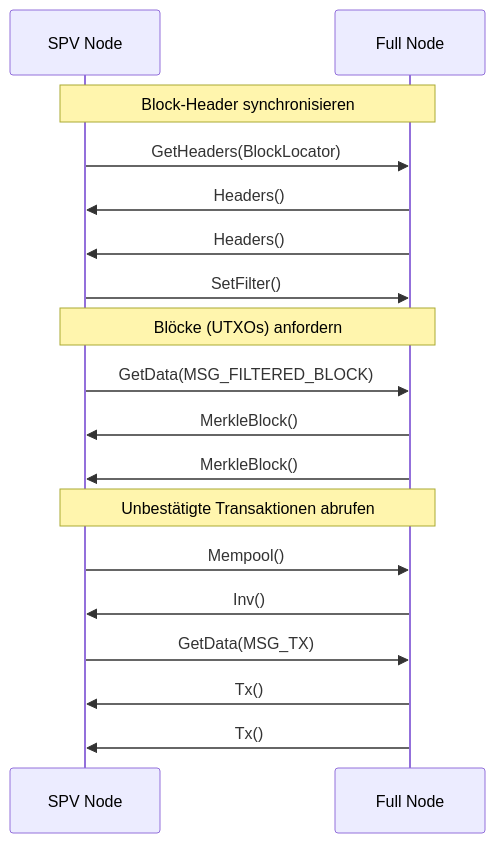
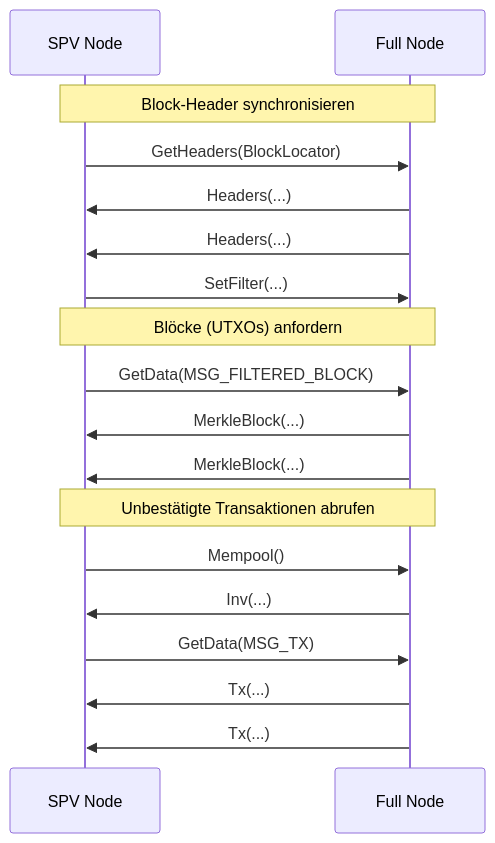
The second of 2 diagrams in docs/arc42/arc42-MinerNetwork/MinerNetwork.md (bjoern621/VSP-Blockchain), drawn with Mermaid before and after one commit.

Commit message:
Parameter spezifiziert

````diff
--- a/docs/arc42/arc42-MinerNetwork/MinerNetwork.md
+++ b/docs/arc42/arc42-MinerNetwork/MinerNetwork.md
@@ -357,28 +357,28 @@
 ```mermaid
 sequenceDiagram
     participant SPV as SPV Node
     participant Full as Full Node
 
     Note over SPV, Full: Block-Header synchronisieren
 
     SPV->>Full: GetHeaders(BlockLocator)
-    Full->>SPV: Headers()
-    Full->>SPV: Headers()
+    Full->>SPV: Headers(...)
+    Full->>SPV: Headers(...)
 
-    SPV->>Full: SetFilter()
+    SPV->>Full: SetFilter(...)
 
     Note over SPV, Full: Blöcke (UTXOs) anfordern
 
     SPV->>Full: GetData(MSG_FILTERED_BLOCK)
-    Full->>SPV: MerkleBlock()
-    Full->>SPV: MerkleBlock()
+    Full->>SPV: MerkleBlock(...)
+    Full->>SPV: MerkleBlock(...)
 
     Note over SPV, Full: Unbestätigte Transaktionen abrufen
 
     SPV->>Full: Mempool()
-    Full->>SPV: Inv()
+    Full->>SPV: Inv(...)
 
     SPV->>Full: GetData(MSG_TX)
-    Full->>SPV: Tx()
-    Full->>SPV: Tx()
+    Full->>SPV: Tx(...)
+    Full->>SPV: Tx(...)
 ```
````
